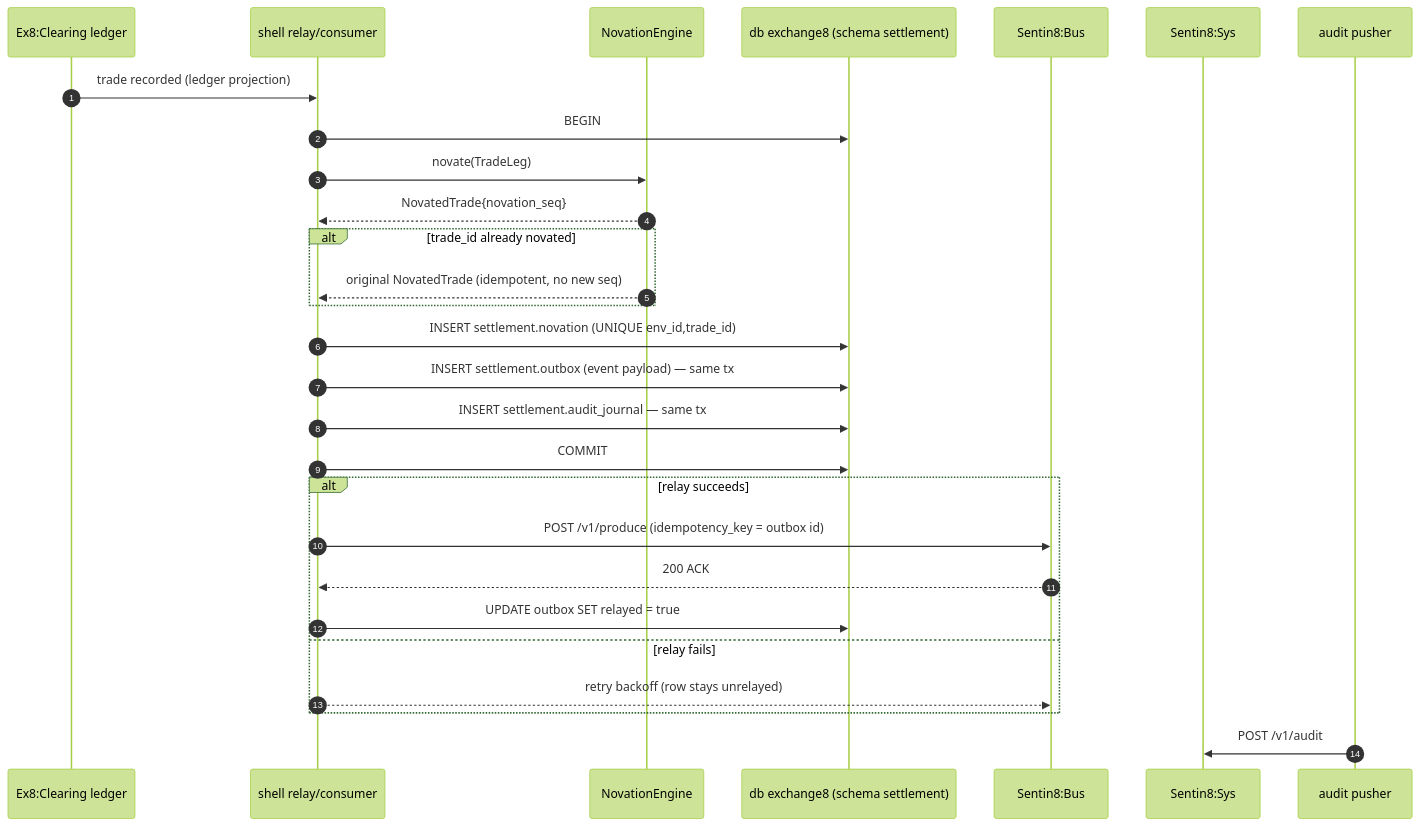
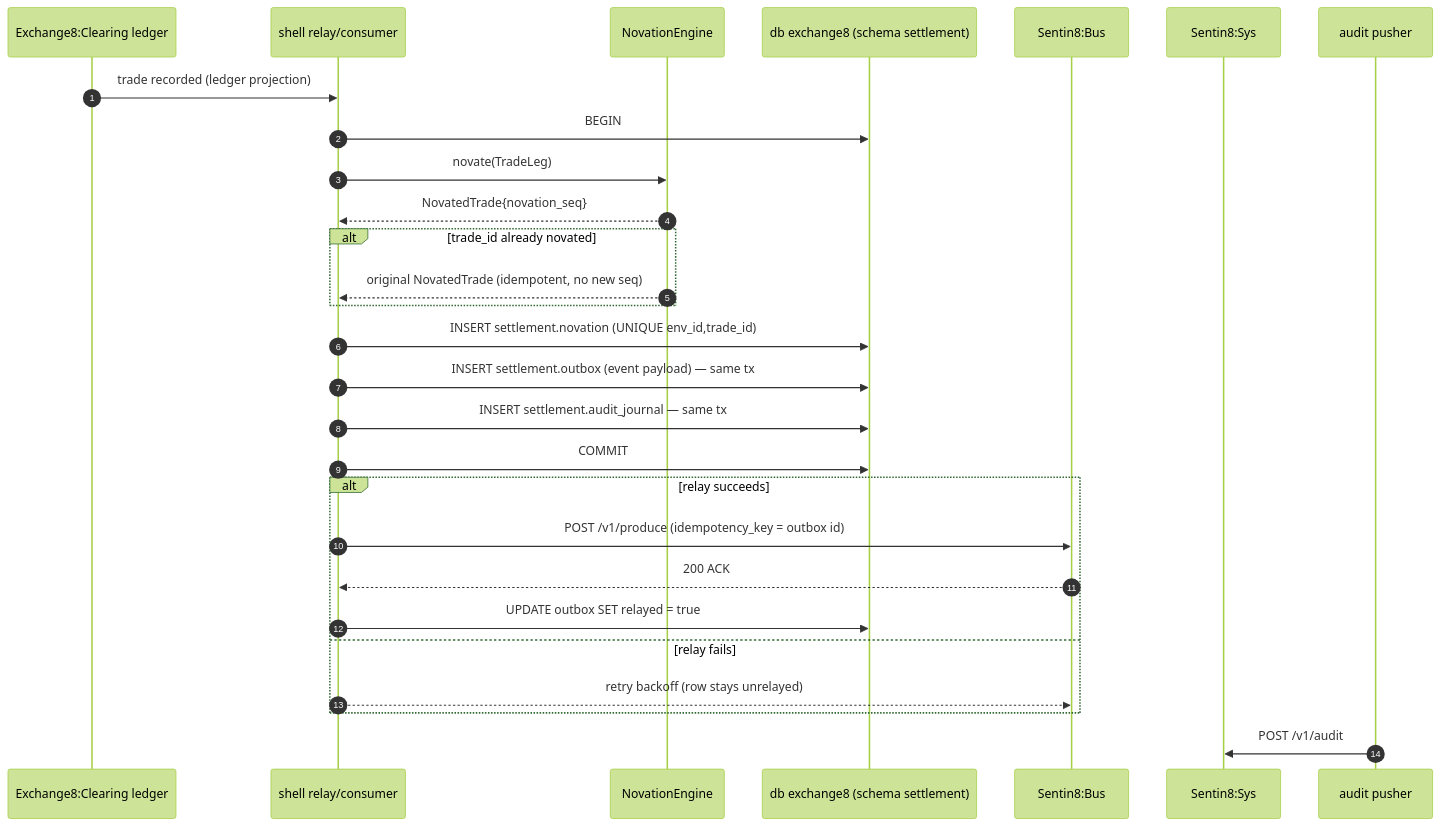
One commit to Exchange8-dev/exchange8-settlement changed the fourth of 23 diagrams in DESIGN.md. Above: the diagram before and after it, drawn with Mermaid (forest theme). The commit also changed other lines of this file and 9 other files, not shown here.

````diff
--- a/DESIGN.md
+++ b/DESIGN.md
@@ -153,31 +153,31 @@
 ```mermaid
 sequenceDiagram
     autonumber
-    participant CL as Ex8:Clearing ledger
+    participant CL as Exchange8:Clearing ledger
     participant H as shell relay/consumer
     participant E as NovationEngine
     participant DB as db exchange8 (schema settlement)
     participant B as Sentin8:Bus
     participant S as Sentin8:Sys
     participant J as audit pusher
 
     CL->>H: trade recorded (ledger projection)
     H->>DB: BEGIN
     H->>E: novate(TradeLeg)
     E-->>H: NovatedTrade{novation_seq}
     alt trade_id already novated
         E-->>H: original NovatedTrade (idempotent, no new seq)
     end
     H->>DB: INSERT settlement.novation (UNIQUE env_id,trade_id)
     H->>DB: INSERT settlement.outbox (event payload) — same tx
     H->>DB: INSERT settlement.audit_journal — same tx
     H->>DB: COMMIT
     alt relay succeeds
         H->>B: POST /v1/produce (idempotency_key = outbox id)
         B-->>H: 200 ACK
         H->>DB: UPDATE outbox SET relayed = true
     else relay fails
         H-->>B: retry backoff (row stays unrelayed)
     end
     J ->> S: POST /v1/audit
 ```
````
